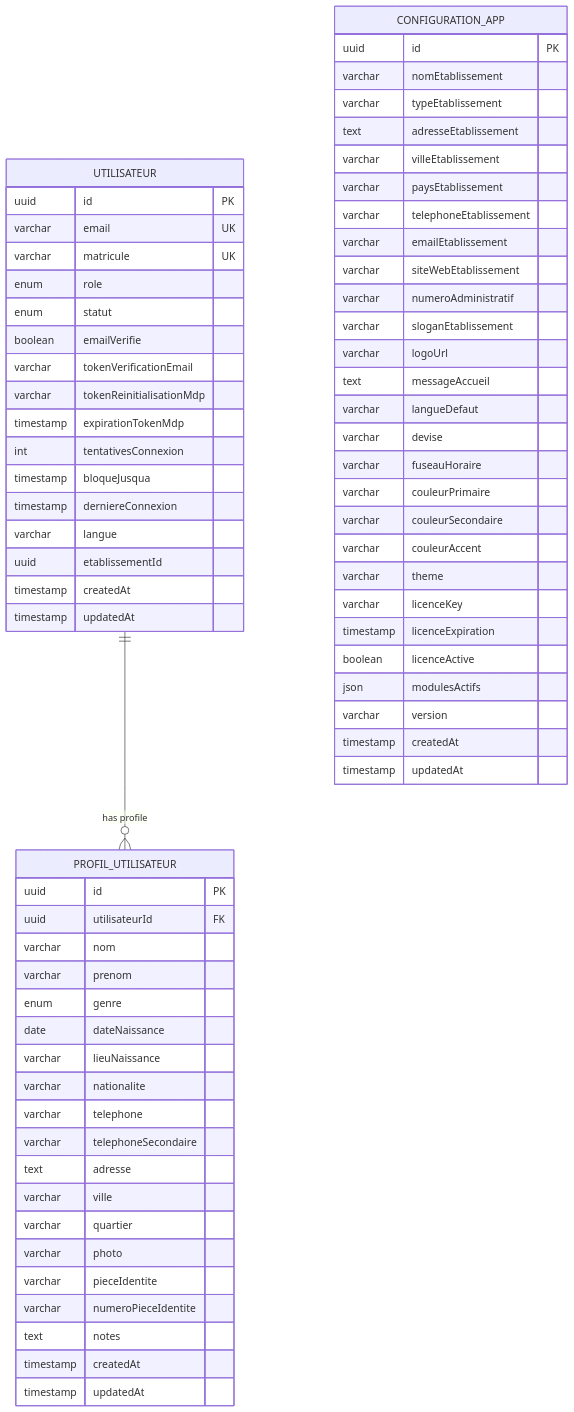
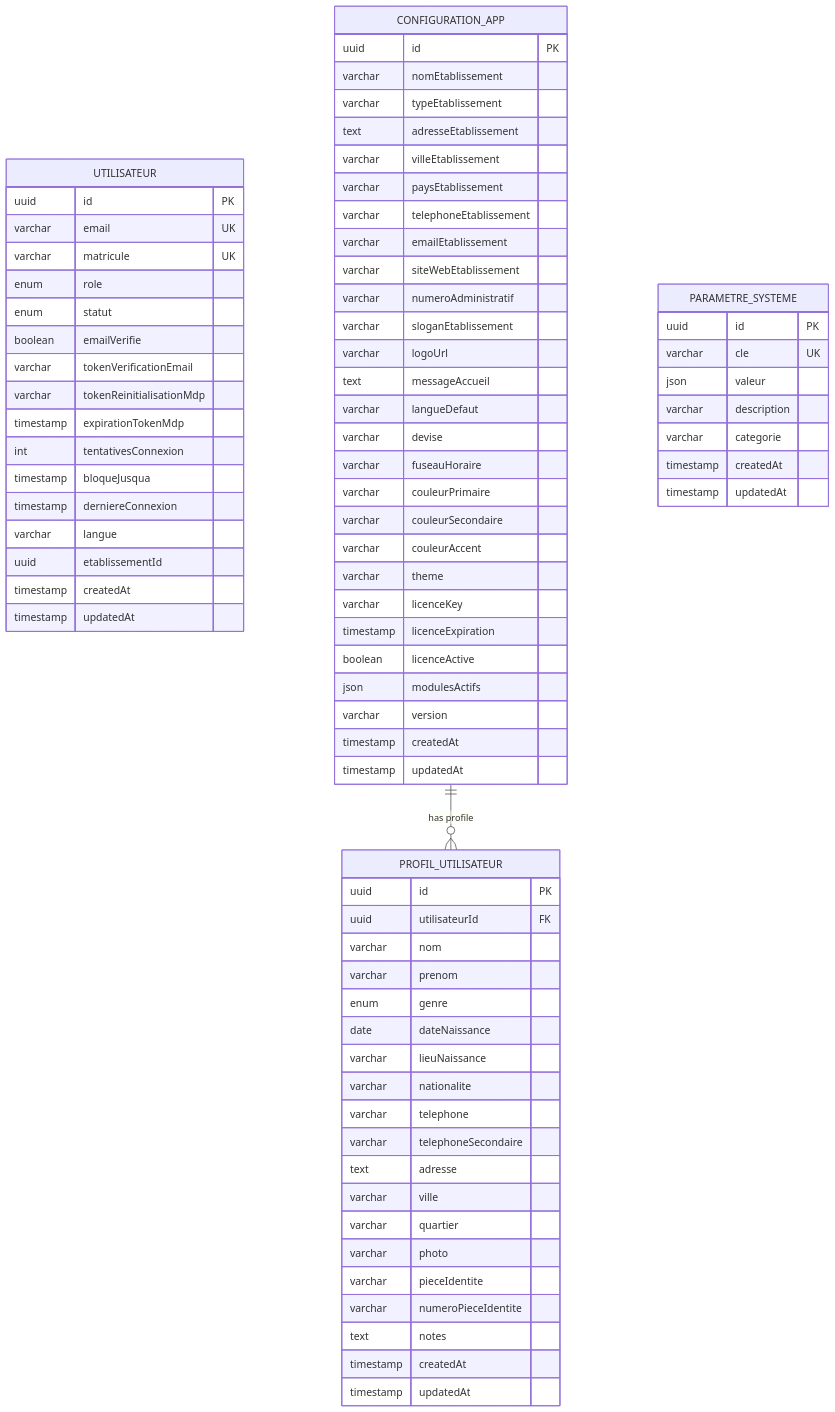
One commit to franckylab/eLISAschool changed the tenth of 11 diagrams in .qoder/repowiki/en/content/Modules & Features/Administrative Modules/Administrative Modules.md. Above: the diagram before and after it, drawn with Mermaid. The commit also changed other lines of this file and 155 other files, not shown here.

````diff
--- a/.qoder/repowiki/en/content/Modules & Features/Administrative Modules/Administrative Modules.md
+++ b/.qoder/repowiki/en/content/Modules & Features/Administrative Modules/Administrative Modules.md
@@ -363,72 +469,81 @@
 ```mermaid
 erDiagram
 UTILISATEUR {
 uuid id PK
 varchar email UK
 varchar matricule UK
 enum role
 enum statut
 boolean emailVerifie
 varchar tokenVerificationEmail
 varchar tokenReinitialisationMdp
 timestamp expirationTokenMdp
 int tentativesConnexion
 timestamp bloqueJusqua
 timestamp derniereConnexion
 varchar langue
 uuid etablissementId
 timestamp createdAt
 timestamp updatedAt
 }
 PROFIL_UTILISATEUR {
 uuid id PK
 uuid utilisateurId FK
 varchar nom
 varchar prenom
 enum genre
 date dateNaissance
 varchar lieuNaissance
 varchar nationalite
 varchar telephone
 varchar telephoneSecondaire
 text adresse
 varchar ville
 varchar quartier
 varchar photo
 varchar pieceIdentite
 varchar numeroPieceIdentite
 text notes
 timestamp createdAt
 timestamp updatedAt
 }
 CONFIGURATION_APP {
 uuid id PK
 varchar nomEtablissement
 varchar typeEtablissement
 text adresseEtablissement
 varchar villeEtablissement
 varchar paysEtablissement
 varchar telephoneEtablissement
 varchar emailEtablissement
 varchar siteWebEtablissement
 varchar numeroAdministratif
 varchar sloganEtablissement
 varchar logoUrl
 text messageAccueil
 varchar langueDefaut
 varchar devise
 varchar fuseauHoraire
 varchar couleurPrimaire
 varchar couleurSecondaire
 varchar couleurAccent
 varchar theme
 varchar licenceKey
 timestamp licenceExpiration
 boolean licenceActive
 json modulesActifs
 varchar version
 timestamp createdAt
 timestamp updatedAt
 }
-UTILISATEUR ||--o{ PROFIL_UTILISATEUR : "has profile"
+PARAMETRE_SYSTEME {
+uuid id PK
+varchar cle UK
+json valeur
+varchar description
+varchar categorie
+timestamp createdAt
+timestamp updatedAt
+}
+CONFIGURATION_APP ||--o{ PROFIL_UTILISATEUR : "has profile"
 ```
````
